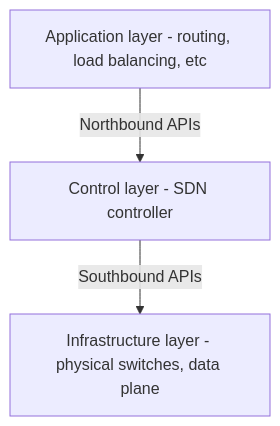
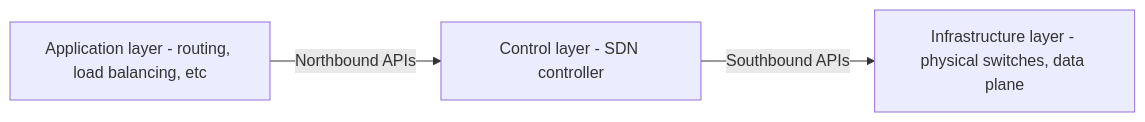
One commit to kimtth/software-architect-mindmap changed the first of 3 diagrams in Glossary.md. Above: the diagram before and after it, drawn with Mermaid. The commit also changed other lines of this file, not shown here.

````diff
--- a/Glossary.md
+++ b/Glossary.md
@@ -284,5 +660,5 @@
-    ```mermaid
-    graph TD
-        A[Application layer - routing, load balancing, etc] -->|Northbound APIs| B[Control layer - SDN controller]
-        B -->|Southbound APIs| C[Infrastructure layer - physical switches, data plane]
-    ```
+```mermaid
+graph LR
+    A[Application layer - routing, load balancing, etc] -->|Northbound APIs| B[Control layer - SDN controller]
+    B -->|Southbound APIs| C[Infrastructure layer - physical switches, data plane]
+```
````
